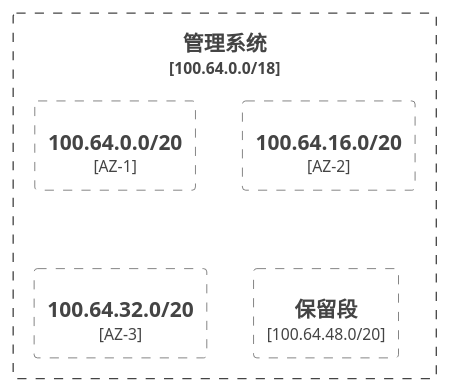
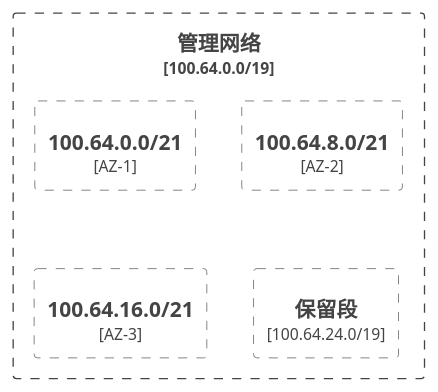
Before and after one commit to gardenerframework/impatiens: the third of 8 diagrams in 云与虚拟化/调度系统/k8s/实践/k8s生产集群部署/1. 网络规划/readme.md, drawn with PlantUML. The commit also changed other lines of this file and 2 other files, not shown here.

````diff
--- a/云与虚拟化/调度系统/k8s/实践/k8s生产集群部署/1. 网络规划/readme.md
+++ b/云与虚拟化/调度系统/k8s/实践/k8s生产集群部署/1. 网络规划/readme.md
@@ -291,11 +159,11 @@
 ```plantuml
 @startuml
 !include  https://plantuml.s3.cn-north-1.jdcloud-oss.com/C4_Container.puml
-Boundary(管理网, 管理系统, 100.64.0.0/18) {
-  Boundary(云管理系统1, 100.64.0.0/20, AZ-1)
-  Boundary(云管理系统2, 100.64.16.0/20, AZ-2)
-  Boundary(云管理系统3, 100.64.32.0/20, AZ-3)
-  Boundary(云管理系统4, 保留段, 100.64.48.0/20)
+Boundary(管理网络, 管理网络, 100.64.0.0/19) {
+  Boundary(管理网络1, 100.64.0.0/21, AZ-1)
+  Boundary(管理网络2, 100.64.8.0/21, AZ-2)
+  Boundary(管理网络3, 100.64.16.0/21, AZ-3)
+  Boundary(管理网络4, 保留段, 100.64.24.0/19)
 }
 @enduml
 ```
````
